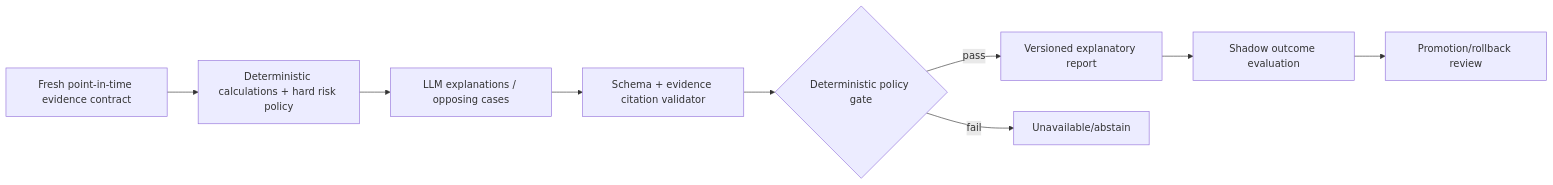
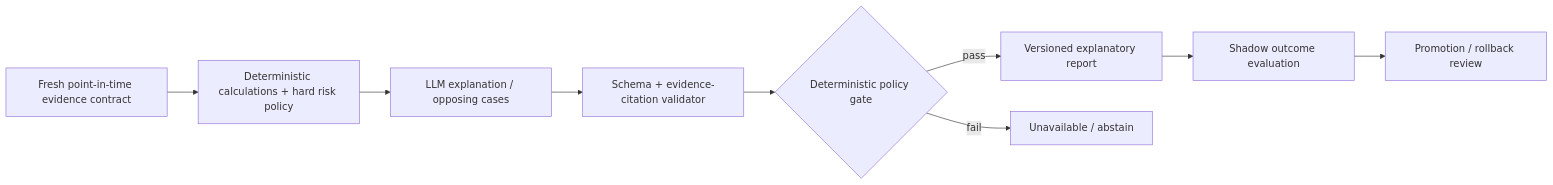
The second of 2 diagrams in docs/product/08-AI-AGENT-ARCHITECTURE.md (TeneikaAskew/stocks), drawn with Mermaid before and after one commit. The commit also changed other lines of this file and 16 other files, not shown here.

````diff
--- a/docs/product/08-AI-AGENT-ARCHITECTURE.md
+++ b/docs/product/08-AI-AGENT-ARCHITECTURE.md
@@ -37,11 +100,11 @@
 ```mermaid
 flowchart LR
  CONTRACT[Fresh point-in-time evidence contract] --> CALC[Deterministic calculations + hard risk policy]
- CALC --> GEN[LLM explanations / opposing cases]
- GEN --> VALID[Schema + evidence citation validator]
+ CALC --> GEN[LLM explanation / opposing cases]
+ GEN --> VALID[Schema + evidence-citation validator]
  VALID --> POLICY{Deterministic policy gate}
  POLICY -->|pass| REPORT[Versioned explanatory report]
- POLICY -->|fail| ABSTAIN[Unavailable/abstain]
+ POLICY -->|fail| ABSTAIN[Unavailable / abstain]
  REPORT --> SHADOW[Shadow outcome evaluation]
- SHADOW --> GOV[Promotion/rollback review]
+ SHADOW --> GOV[Promotion / rollback review]
 ```
````
